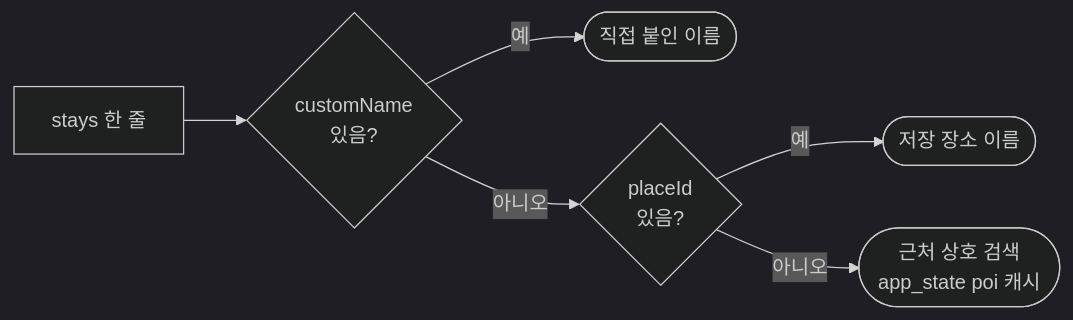
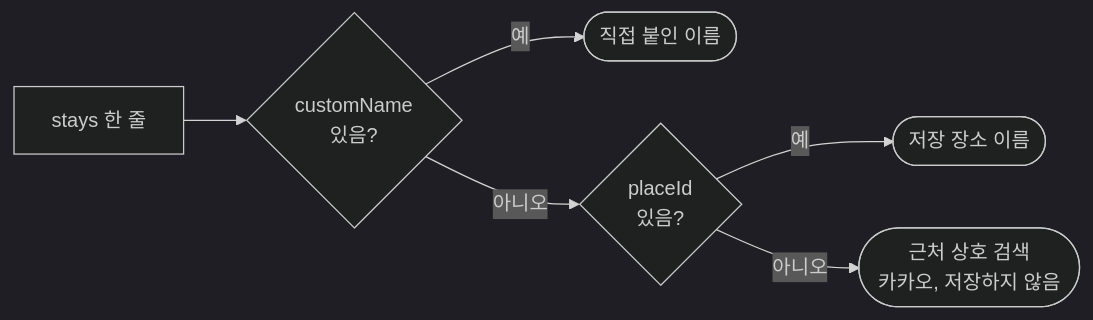
One commit to GSMYunsung/chaengkim changed the third of 3 diagrams in README.md. Above: the diagram before and after it, drawn with Mermaid (dark theme). The commit also changed other lines of this file and 5 other files, not shown here.

````diff
--- a/README.md
+++ b/README.md
@@ -86,8 +227,8 @@
 ```mermaid
 flowchart LR
     S[stays 한 줄] --> N1{customName<br/>있음?}
     N1 -->|예| R([직접 붙인 이름])
     N1 -->|아니오| N2{placeId<br/>있음?}
     N2 -->|예| R2([저장 장소 이름])
-    N2 -->|아니오| R3([근처 상호 검색<br/>app_state poi 캐시])
+    N2 -->|아니오| R3([근처 상호 검색<br/>카카오, 저장하지 않음])
 ```
````
